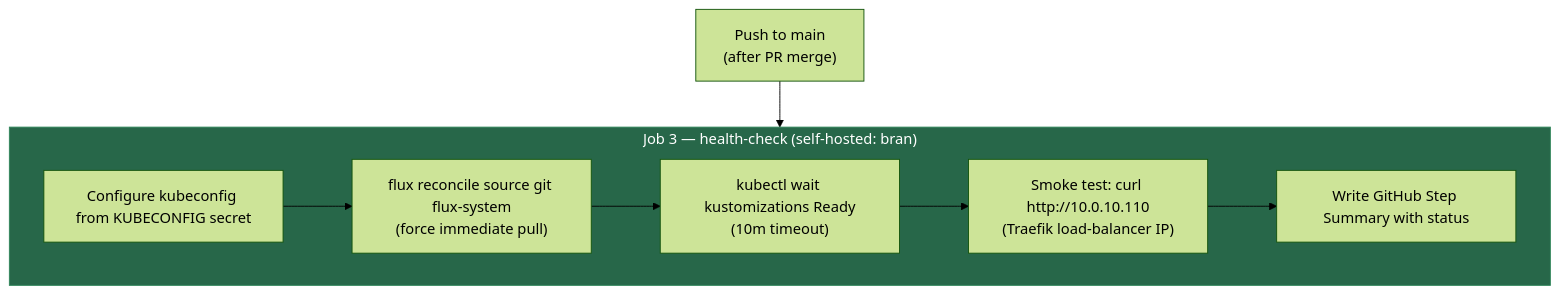
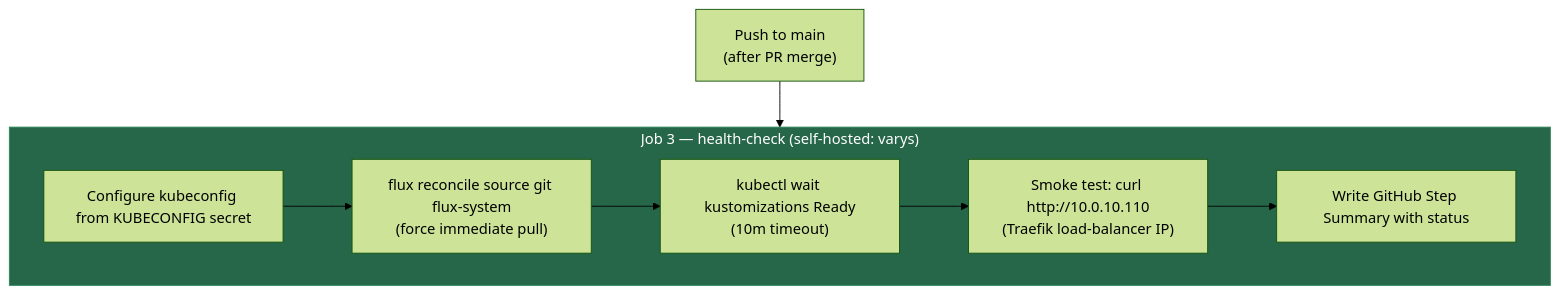
One commit to Kagiso-me/homelab-infrastructure changed the third of 3 diagrams in docs/guides/04-Flux-GitOps.md. Above: the diagram before and after it, drawn with Mermaid (forest theme). The commit also changed other lines of this file and 33 other files, not shown here.

````diff
--- a/docs/guides/04-Flux-GitOps.md
+++ b/docs/guides/04-Flux-GitOps.md
@@ -185,16 +185,16 @@
 ```mermaid
 flowchart TD
     Push["Push to main\n(after PR merge)"]
     Push --> J3
 
-    subgraph J3["Job 3 — health-check (self-hosted: bran)"]
+    subgraph J3["Job 3 — health-check (self-hosted: varys)"]
         H1["Configure kubeconfig from KUBECONFIG secret"]
         H2["flux reconcile source git flux-system\n(force immediate pull)"]
         H3["kubectl wait kustomizations Ready\n(10m timeout)"]
         H4["Smoke test: curl http://10.0.10.110\n(Traefik load-balancer IP)"]
         H5["Write GitHub Step Summary with status"]
         H1 --> H2 --> H3 --> H4 --> H5
     end
 
     style J3 fill:#276749,color:#fff,stroke:#2f855a
 ```
````
